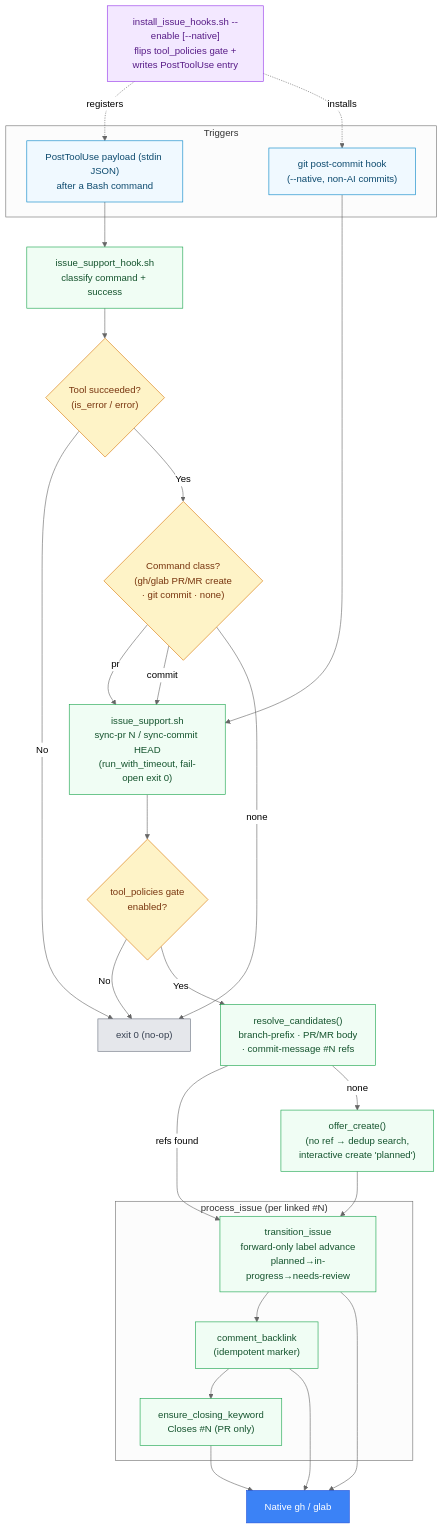
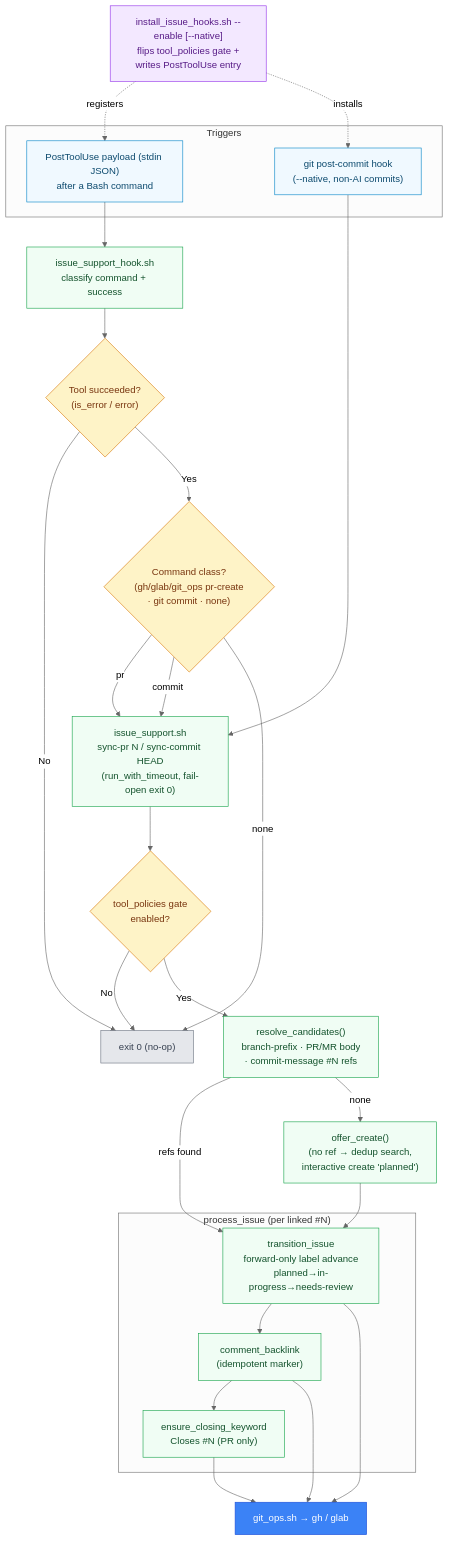
The second of 3 diagrams in docs/diagrams/issues.md (RB-chrismandich/Manifest), drawn with Mermaid before and after one commit. The commit also changed other lines of this file and 246 other files, not shown here.

````diff
--- a/docs/diagrams/issues.md
+++ b/docs/diagrams/issues.md
@@ -88,57 +87,57 @@
 ```mermaid
 %%{init: {'theme':'neutral'}}%%
 flowchart TB
     classDef input fill:#f0f9ff,stroke:#0284c7,color:#0c4a6e
     classDef process fill:#f0fdf4,stroke:#16a34a,color:#14532d
     classDef decision fill:#fef3c7,stroke:#d97706,color:#78350f
     classDef config fill:#f3e8ff,stroke:#9333ea,color:#581c87
     classDef platform fill:#3b82f6,stroke:#1d4ed8,color:#fff
     classDef skip fill:#e5e7eb,stroke:#6b7280,color:#374151
 
     INSTALL["install_issue_hooks.sh --enable [--native]<br/>flips tool_policies gate +<br/>writes PostToolUse entry"]:::config
 
     subgraph "Triggers"
         TOOLUSE["PostToolUse payload (stdin JSON)<br/>after a Bash command"]:::input
         NATIVE["git post-commit hook<br/>(--native, non-AI commits)"]:::input
     end
 
     HOOK["issue_support_hook.sh<br/>classify command + success"]:::process
-    CLASS{"Command class?<br/>(gh/glab PR/MR create<br/>· git commit · none)"}:::decision
+    CLASS{"Command class?<br/>(gh/glab/git_ops pr-create<br/>· git commit · none)"}:::decision
     OK{"Tool succeeded?<br/>(is_error / error)"}:::decision
 
     ENGINE["issue_support.sh<br/>sync-pr N / sync-commit HEAD<br/>(run_with_timeout, fail-open exit 0)"]:::process
     GATE{"tool_policies gate<br/>enabled?"}:::decision
 
     RESOLVE["resolve_candidates()<br/>branch-prefix · PR/MR body<br/>· commit-message #N refs"]:::process
     OFFER["offer_create()<br/>(no ref → dedup search,<br/>interactive create 'planned')"]:::process
 
     subgraph "process_issue (per linked #N)"
         TRANSITION["transition_issue<br/>forward-only label advance<br/>planned→in-progress→needs-review"]:::process
         BACKLINK["comment_backlink<br/>(idempotent marker)"]:::process
         CLOSEKW["ensure_closing_keyword<br/>Closes #N (PR only)"]:::process
     end
 
-    NATIVE_CLI["Native gh / glab"]:::platform
+    GIT_OPS["git_ops.sh → gh / glab"]:::platform
     NOOP["exit 0 (no-op)"]:::skip
 
     INSTALL -.->|registers| TOOLUSE
     INSTALL -.->|installs| NATIVE
     TOOLUSE --> HOOK
     NATIVE --> ENGINE
     HOOK --> OK
     OK -->|No| NOOP
     OK -->|Yes| CLASS
     CLASS -->|pr| ENGINE
     CLASS -->|commit| ENGINE
     CLASS -->|none| NOOP
     ENGINE --> GATE
     GATE -->|No| NOOP
     GATE -->|Yes| RESOLVE
     RESOLVE -->|refs found| TRANSITION
     RESOLVE -->|none| OFFER
     OFFER --> TRANSITION
     TRANSITION --> BACKLINK --> CLOSEKW
-    TRANSITION --> NATIVE_CLI
-    BACKLINK --> NATIVE_CLI
-    CLOSEKW --> NATIVE_CLI
+    TRANSITION --> GIT_OPS
+    BACKLINK --> GIT_OPS
+    CLOSEKW --> GIT_OPS
 ```
````
